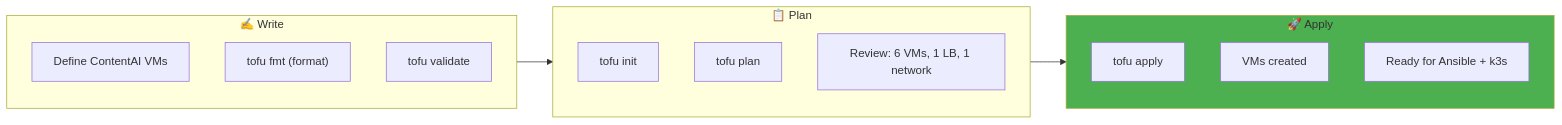
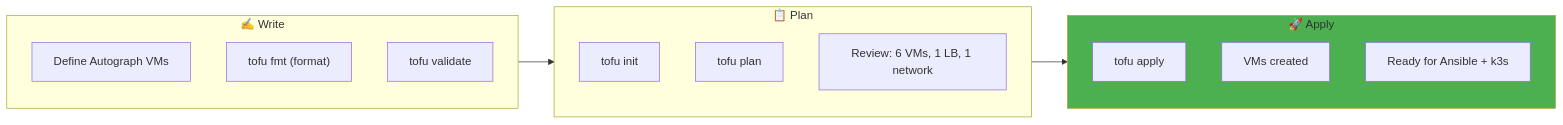
One commit to PearlThoughtsInternship/Internship-Obsidian-Vault changed the fourth of 4 diagrams in DevOps/02-Engineering/02-Infrastructure-as-Code.md. Above: the diagram before and after it, drawn with Mermaid. The commit also changed other lines of this file and 4 other files, not shown here.

First line of the commit message:
rebrand: ContentAI → Autograph in Engineering & Platform docs

````diff
--- a/DevOps/02-Engineering/02-Infrastructure-as-Code.md
+++ b/DevOps/02-Engineering/02-Infrastructure-as-Code.md
@@ -385,24 +385,24 @@
 ```mermaid
 flowchart LR
     subgraph Write["✍️ Write"]
-        W1["Define ContentAI VMs"]
+        W1["Define Autograph VMs"]
         W2["tofu fmt (format)"]
         W3["tofu validate"]
     end
 
     subgraph Plan["📋 Plan"]
         P1["tofu init"]
         P2["tofu plan"]
         P3["Review: 6 VMs, 1 LB, 1 network"]
     end
 
     subgraph Apply["🚀 Apply"]
         A1["tofu apply"]
         A2["VMs created"]
         A3["Ready for Ansible + k3s"]
     end
 
     Write --> Plan --> Apply
 
     style Apply fill:#4CAF50
 ```
````
